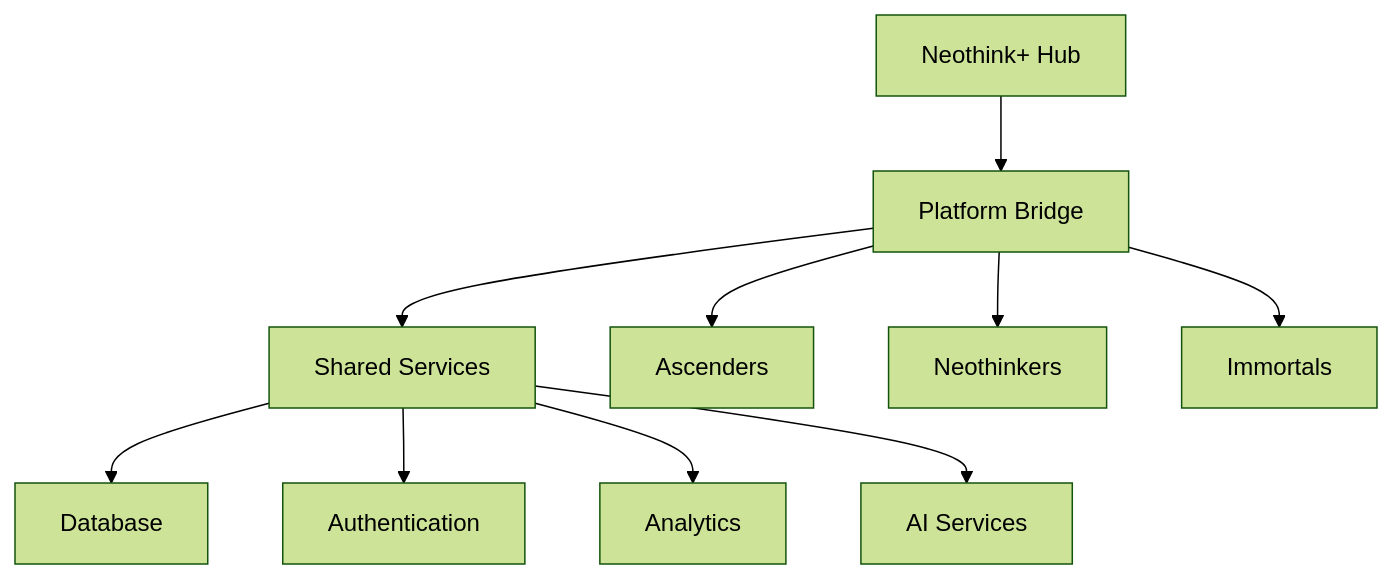
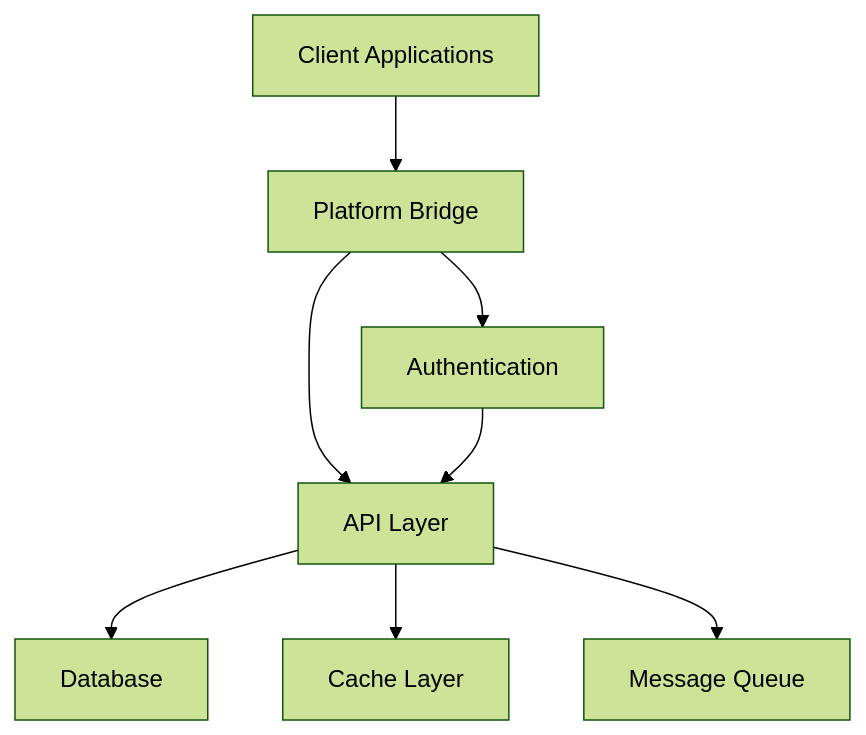
Before and after one commit to neothink-dao/neothink.io: the first of 2 diagrams in docs/architecture/overview.md, drawn with Mermaid (forest theme). The commit also changed other lines of this file and 16 other files, not shown here.

Commit message:
docs: restructure documentation and update architecture implementation guide

````diff
--- a/docs/architecture/overview.md
+++ b/docs/architecture/overview.md
@@ -9,12 +7,18 @@
 ```mermaid
-graph TD
-    A[Neothink+ Hub] --> B[Platform Bridge]
-    B --> C[Shared Services]
-    C --> D[Database]
-    B --> E[Ascenders]
-    B --> F[Neothinkers]
-    B --> G[Immortals]
-    C --> H[Authentication]
-    C --> I[Analytics]
-    C --> J[AI Services]
+graph TB
+    Client[Client Applications]
+    PlatformBridge[Platform Bridge]
+    Auth[Authentication]
+    API[API Layer]
+    DB[Database]
+    Cache[Cache Layer]
+    Queue[Message Queue]
+    
+    Client --> PlatformBridge
+    PlatformBridge --> Auth
+    PlatformBridge --> API
+    Auth --> API
+    API --> DB
+    API --> Cache
+    API --> Queue
 ```
````
